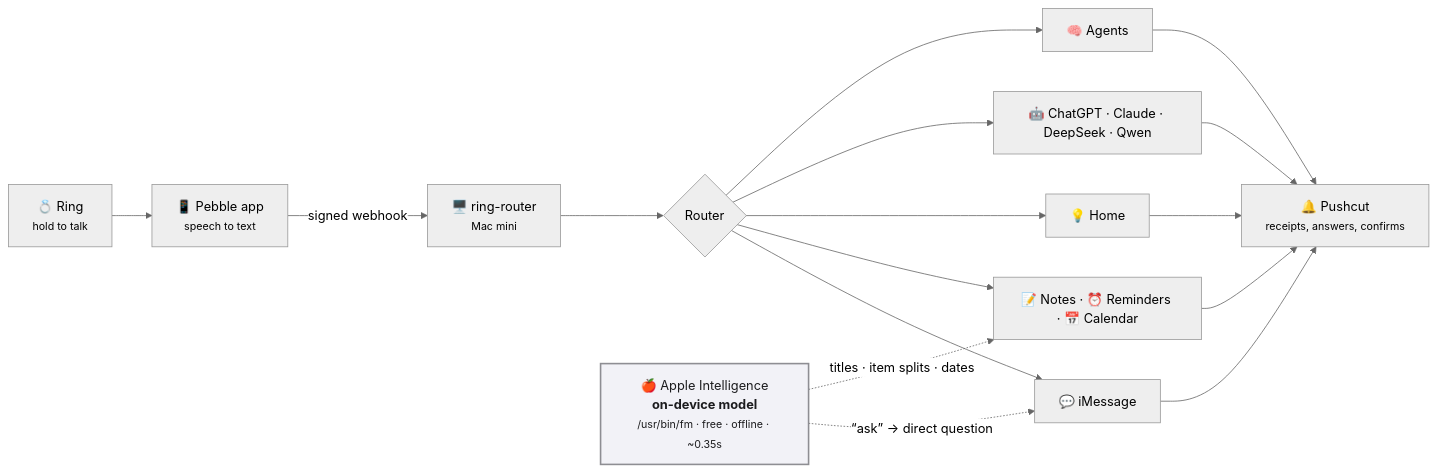
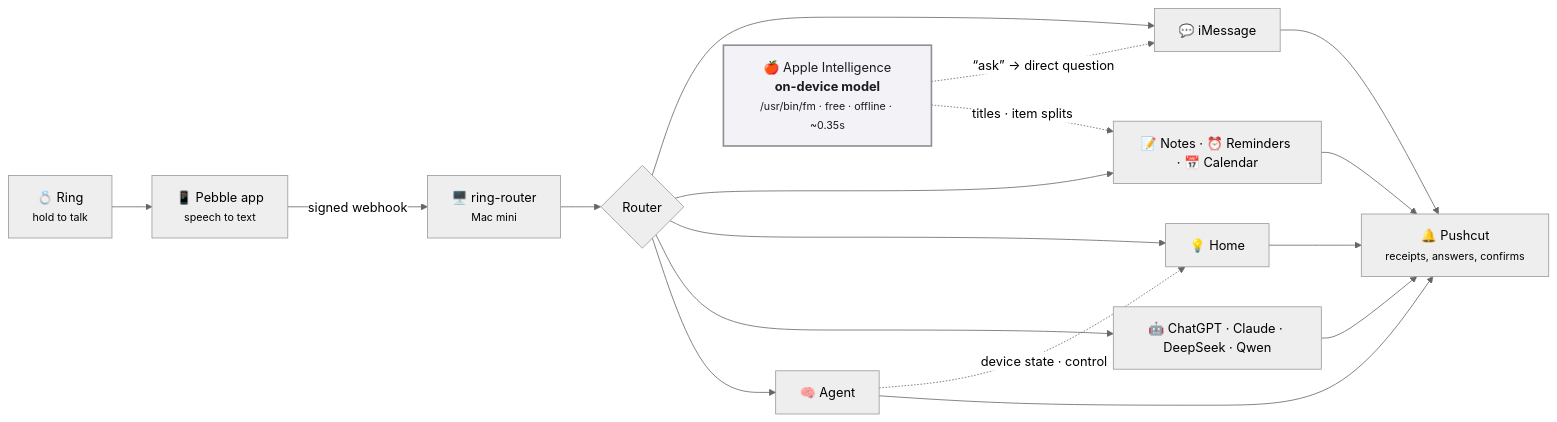
One commit to DaveLinger/ring-router changed the diagram in README.md. Above: the diagram before and after it, drawn with Mermaid (neutral theme). The commit also changed other lines of this file, not shown here.

````diff
--- a/README.md
+++ b/README.md
@@ -25,17 +27,18 @@
 ```mermaid
 flowchart LR
     A["💍 Ring<br/><small>hold to talk</small>"] --> B["📱 Pebble app<br/><small>speech to text</small>"]
     B -- "signed webhook" --> C["🖥️ ring-router<br/><small>Mac mini</small>"]
     C --> D{"Router"}
     D --> E["💬 iMessage"]
     D --> F["📝 Notes · ⏰ Reminders · 📅 Calendar"]
     D --> G["💡 Home"]
     D --> H["🤖 ChatGPT · Claude · DeepSeek · Qwen"]
-    D --> I["🧠 Agents"]
+    D --> I["🧠 Agent"]
+    I -.->|"device state · control"| G
     E & F & G & H & I --> J["🔔 Pushcut<br/><small>receipts, answers, confirms</small>"]
     FM -.->|"“ask” → direct question"| E
-    FM -.->|"titles · item splits · dates"| F
+    FM -.->|"titles · item splits"| F
     FM["🍎 Apple Intelligence<br/><b>on-device model</b><br/><small>/usr/bin/fm · free · offline · ~0.35s</small>"]
     classDef apple fill:#f2f2f7,stroke:#8e8e93,stroke-width:2px,color:#1c1c1e
     class FM apple
 ```
````
